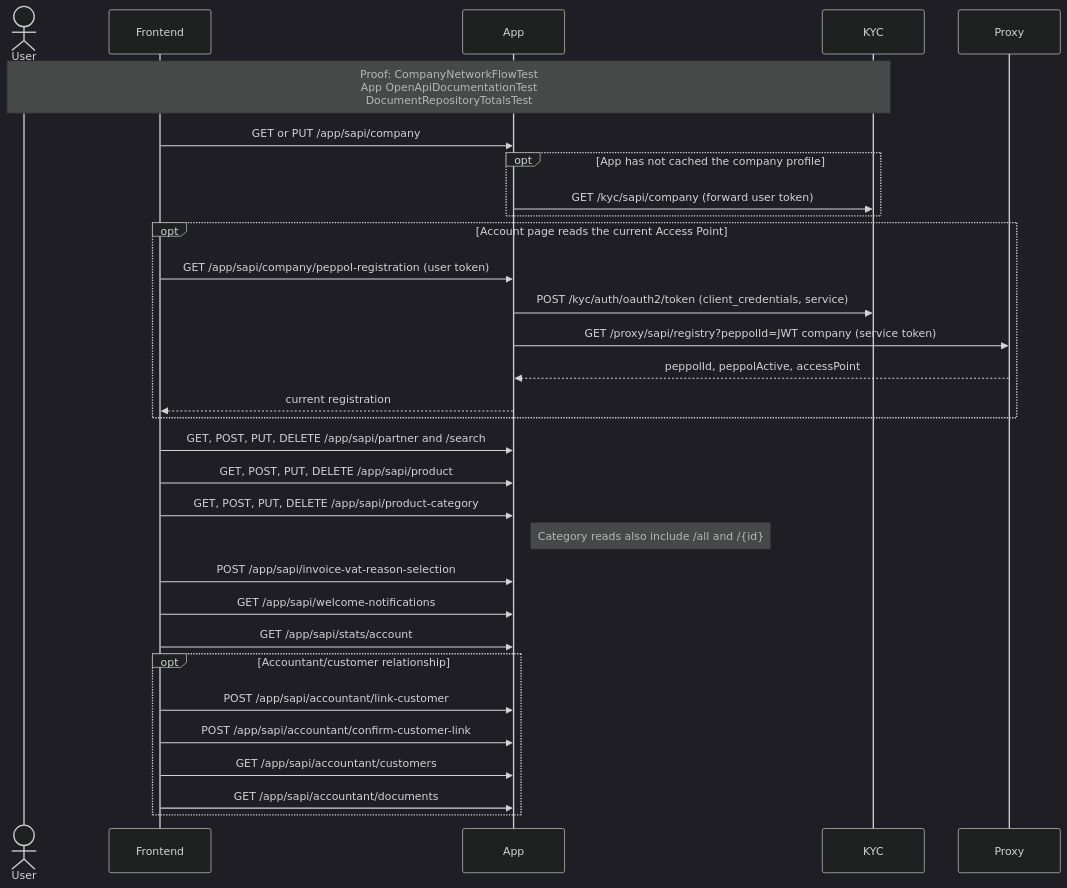
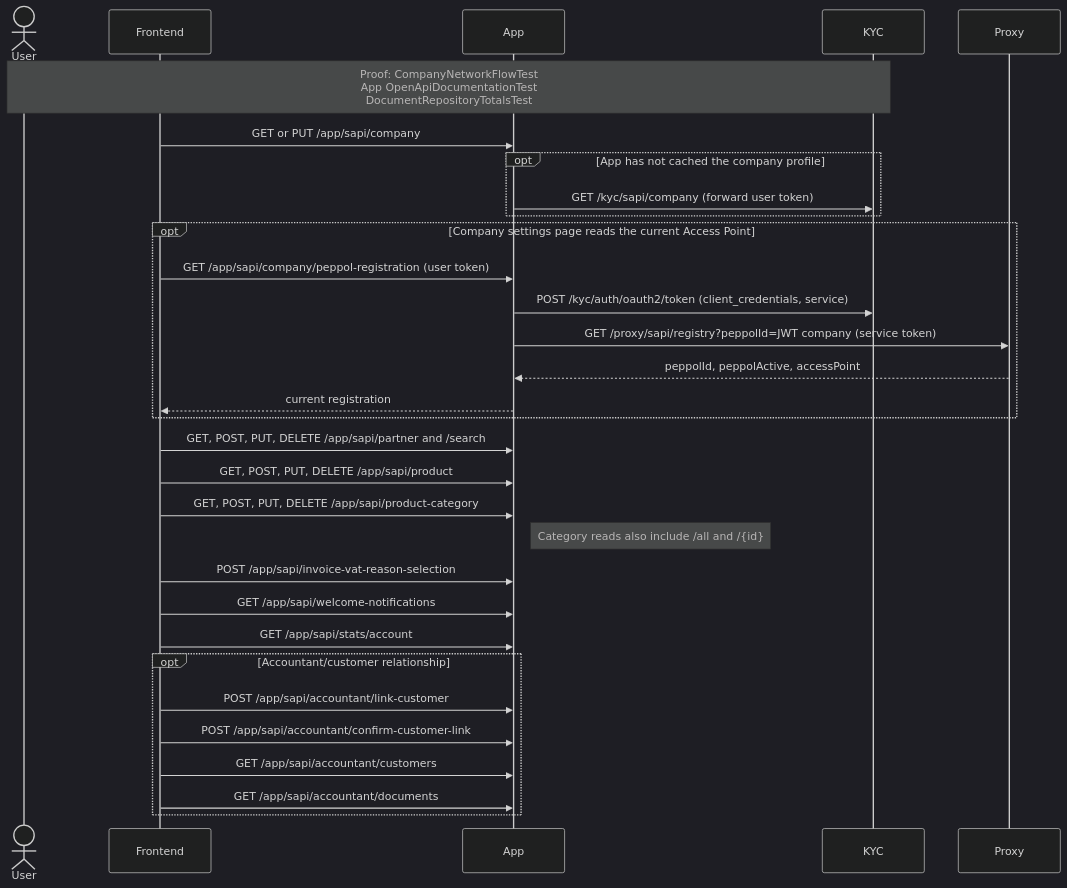
The diagram in readme/api-application-profile-and-master-data.md (letspeppol/letspeppol), drawn with Mermaid (dark theme) before and after one commit. The commit also changed other lines of this file and 61 other files, not shown here.

Commit message:
feat: settings page, add company for every user and sign-in without a company

````diff
--- a/readme/api-application-profile-and-master-data.md
+++ b/readme/api-application-profile-and-master-data.md
@@ -10,34 +10,34 @@
 ```mermaid
 sequenceDiagram
     actor User
     participant UI as Frontend
     participant App
     participant KYC
     participant Proxy
 
     Note over User,KYC: Proof: CompanyNetworkFlowTest<br/>App OpenApiDocumentationTest<br/>DocumentRepositoryTotalsTest
     UI->>App: GET or PUT /app/sapi/company
     opt App has not cached the company profile
         App->>KYC: GET /kyc/sapi/company (forward user token)
     end
-    opt Account page reads the current Access Point
+    opt Company settings page reads the current Access Point
         UI->>App: GET /app/sapi/company/peppol-registration (user token)
         App->>KYC: POST /kyc/auth/oauth2/token (client_credentials, service)
         App->>Proxy: GET /proxy/sapi/registry?peppolId=JWT company (service token)
         Proxy-->>App: peppolId, peppolActive, accessPoint
         App-->>UI: current registration
     end
     UI->>App: GET, POST, PUT, DELETE /app/sapi/partner and /search
     UI->>App: GET, POST, PUT, DELETE /app/sapi/product
     UI->>App: GET, POST, PUT, DELETE /app/sapi/product-category
     Note right of App: Category reads also include /all and /{id}
     UI->>App: POST /app/sapi/invoice-vat-reason-selection
     UI->>App: GET /app/sapi/welcome-notifications
     UI->>App: GET /app/sapi/stats/account
     opt Accountant/customer relationship
         UI->>App: POST /app/sapi/accountant/link-customer
         UI->>App: POST /app/sapi/accountant/confirm-customer-link
         UI->>App: GET /app/sapi/accountant/customers
         UI->>App: GET /app/sapi/accountant/documents
     end
 ```
````
